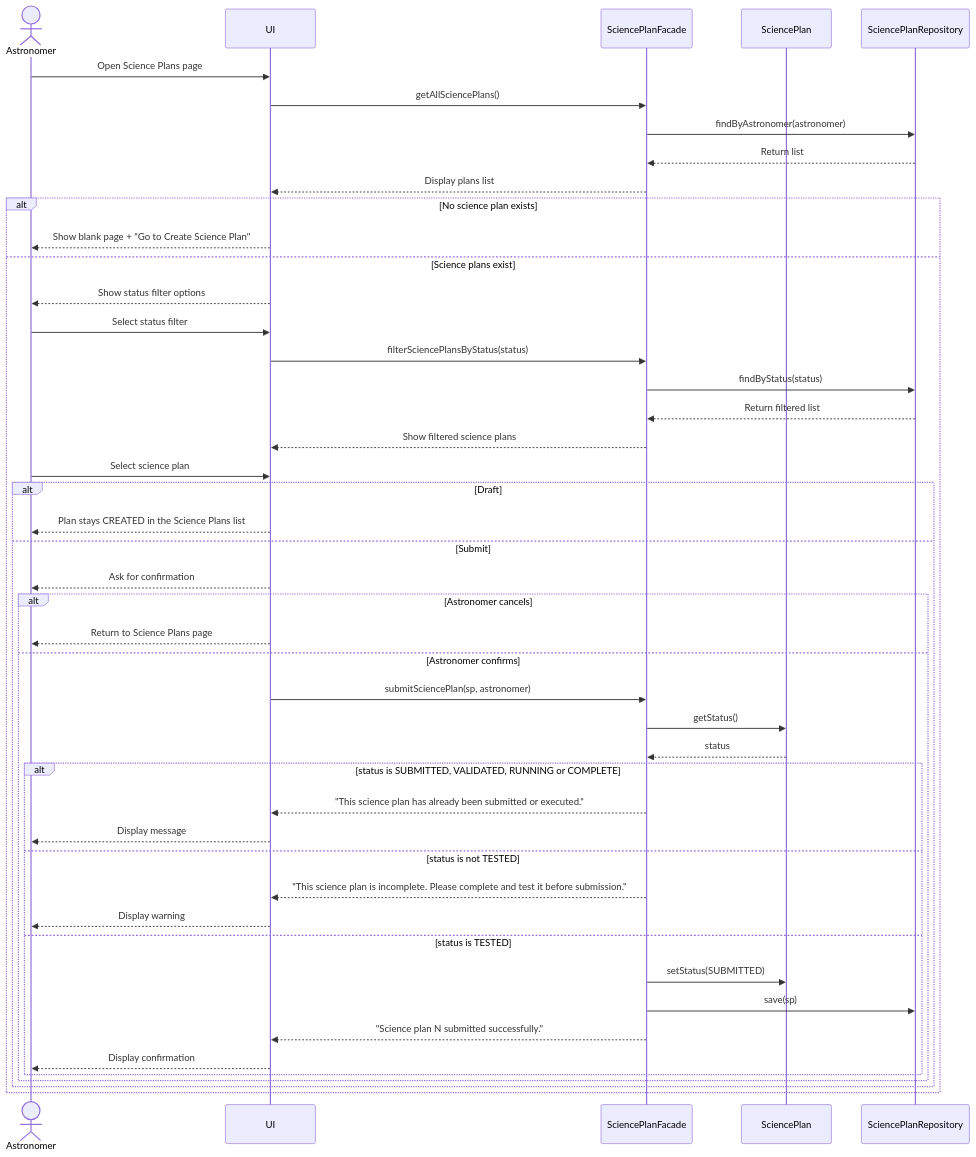
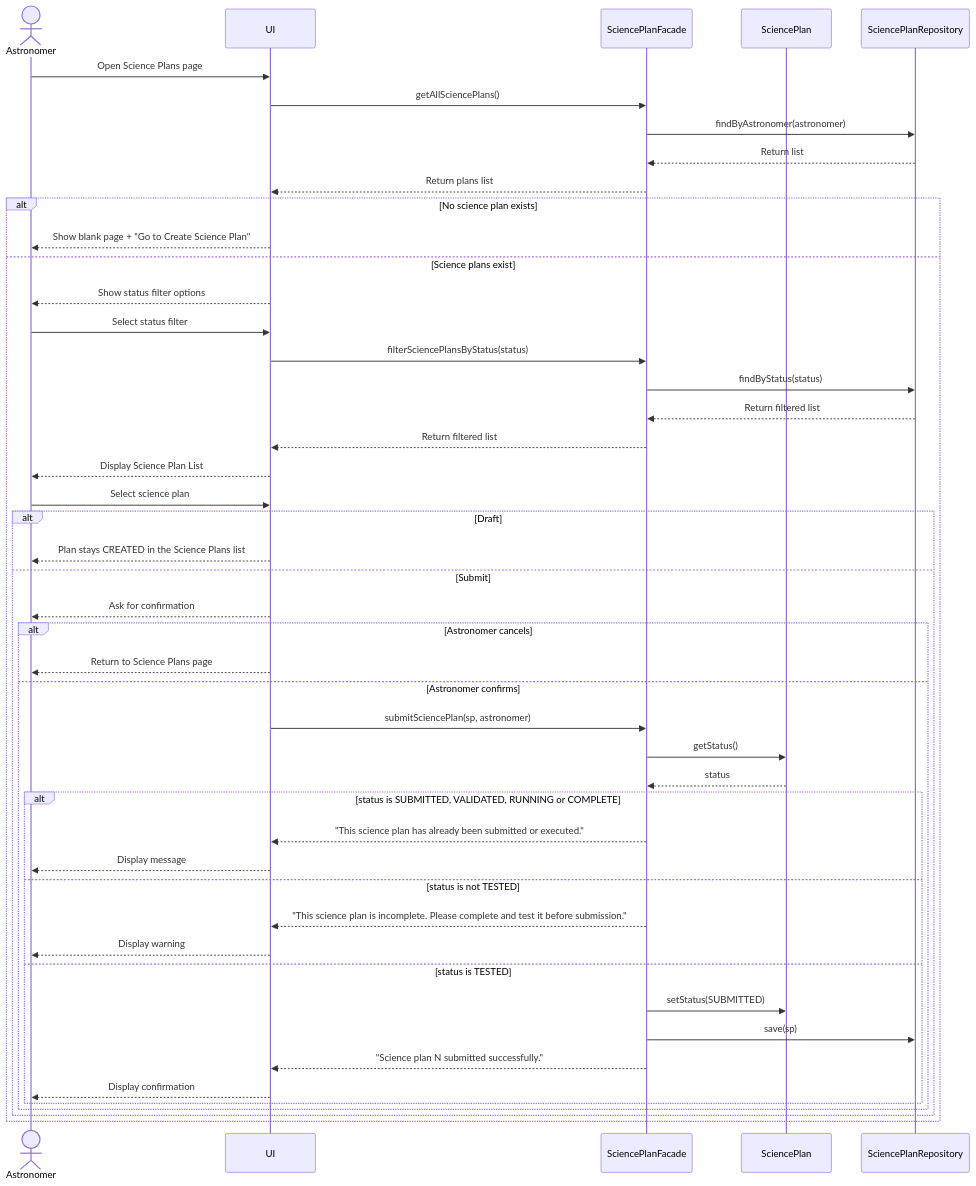
One commit to FantasticRattee/gemini-telescope-control-system changed the fourth of 7 diagrams in docs/design.md. Above: the diagram before and after it, drawn with Mermaid. The commit also changed other lines of this file and 1 other file, not shown here.

````diff
--- a/docs/design.md
+++ b/docs/design.md
@@ -210,60 +211,61 @@
 ```mermaid
 sequenceDiagram
     actor Astronomer
     participant UI
     participant SPF as SciencePlanFacade
     participant SP as SciencePlan
     participant SPR as SciencePlanRepository
 
     %% Start
     Astronomer->>UI: Open Science Plans page
     UI->>SPF: getAllSciencePlans()
     SPF->>SPR: findByAstronomer(astronomer)
     SPR-->>SPF: Return list
-    SPF-->>UI: Display plans list
+    SPF-->>UI: Return plans list
 
     alt No science plan exists
         UI-->>Astronomer: Show blank page + "Go to Create Science Plan"
     else Science plans exist
         UI-->>Astronomer: Show status filter options
 
         Astronomer->>UI: Select status filter
         UI->>SPF: filterSciencePlansByStatus(status)
         SPF->>SPR: findByStatus(status)
         SPR-->>SPF: Return filtered list
-        SPF-->>UI: Show filtered science plans
+        SPF-->>UI: Return filtered list
+        UI-->>Astronomer: Display Science Plan List
 
         Astronomer->>UI: Select science plan
 
         alt Draft
             UI-->>Astronomer: Plan stays CREATED in the Science Plans list
 
         else Submit
             UI-->>Astronomer: Ask for confirmation
 
             alt Astronomer cancels
                 UI-->>Astronomer: Return to Science Plans page
 
             else Astronomer confirms
                 UI->>SPF: submitSciencePlan(sp, astronomer)
                 SPF->>SP: getStatus()
                 SP-->>SPF: status
 
                 alt status is SUBMITTED, VALIDATED, RUNNING or COMPLETE
                     SPF-->>UI: "This science plan has already been submitted or executed."
                     UI-->>Astronomer: Display message
 
                 else status is not TESTED
                     SPF-->>UI: "This science plan is incomplete. Please complete and test it before submission."
                     UI-->>Astronomer: Display warning
 
                 else status is TESTED
                     SPF->>SP: setStatus(SUBMITTED)
                     SPF->>SPR: save(sp)
                     SPF-->>UI: "Science plan N submitted successfully."
                     UI-->>Astronomer: Display confirmation
                 end
             end
         end
     end
 ```
````
